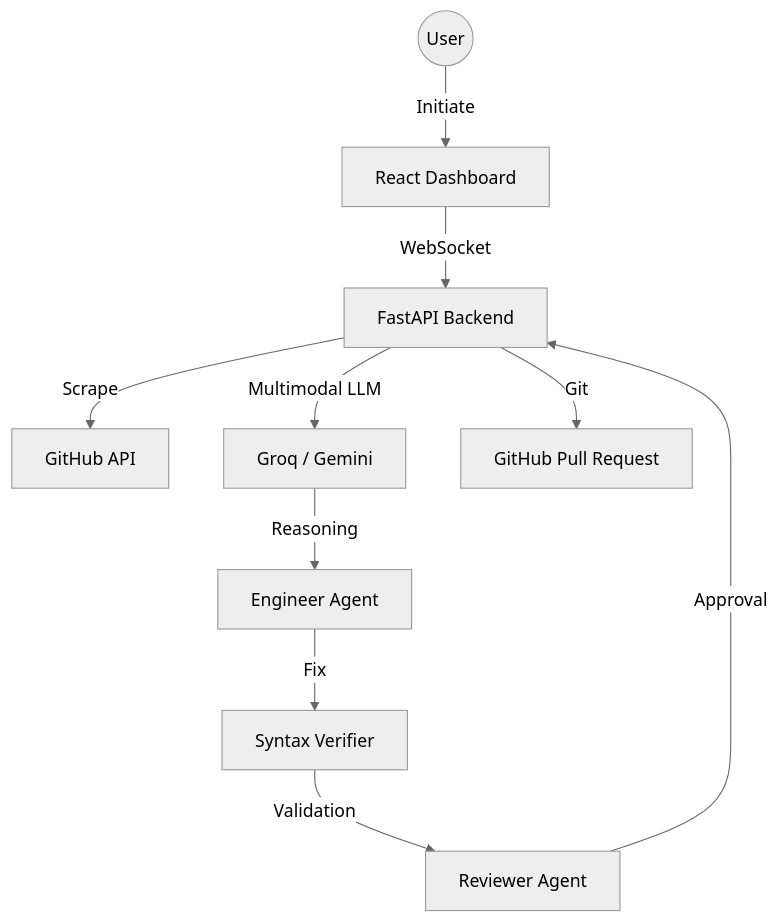
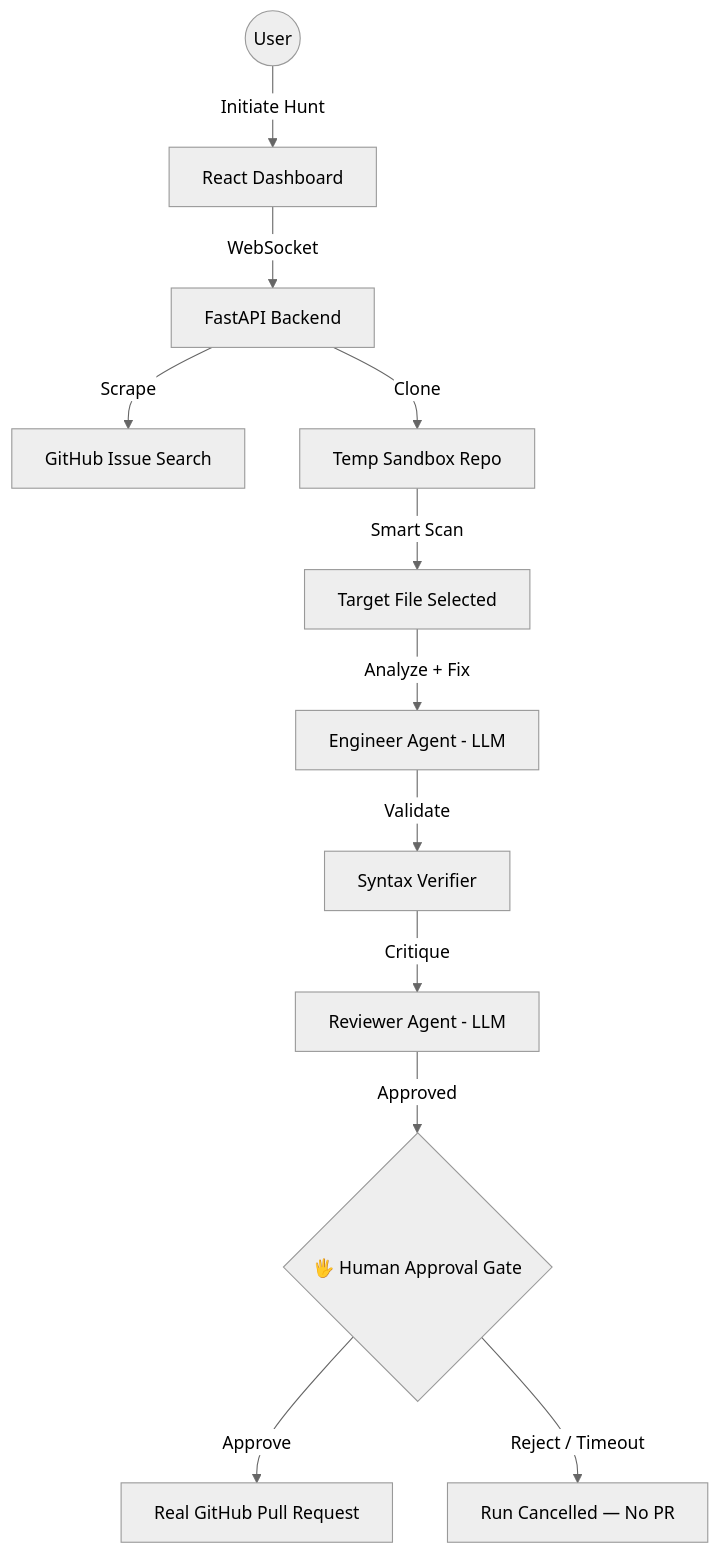
One commit to premjadhav2203/Devbounty- changed the diagram in README.md. Above: the diagram before and after it, drawn with Mermaid (neutral theme). The commit also changed other lines of this file, not shown here.

````diff
--- a/README.md
+++ b/README.md
@@ -21,12 +28,14 @@
 ```mermaid
 graph TD
-    User((User)) -->|Initiate| UI[React Dashboard]
+    User((User)) -->|Initiate Hunt| UI[React Dashboard]
     UI -->|WebSocket| BE[FastAPI Backend]
-    BE -->|Scrape| GH[GitHub API]
-    BE -->|Multimodal LLM| AI[Groq / Gemini]
-    AI -->|Reasoning| EA[Engineer Agent]
-    EA -->|Fix| SV[Syntax Verifier]
-    SV -->|Validation| RA[Reviewer Agent]
-    RA -->|Approval| BE
-    BE -->|Git| PR[GitHub Pull Request]
+    BE -->|Scrape| GH[GitHub Issue Search]
+    BE -->|Clone| Sandbox[Temp Sandbox Repo]
+    Sandbox -->|Smart Scan| Target[Target File Selected]
+    Target -->|Analyze + Fix| EA[Engineer Agent - LLM]
+    EA -->|Validate| SV[Syntax Verifier]
+    SV -->|Critique| RA[Reviewer Agent - LLM]
+    RA -->|Approved| Gate{🖐️ Human Approval Gate}
+    Gate -->|Approve| PR[Real GitHub Pull Request]
+    Gate -->|Reject / Timeout| Cancel[Run Cancelled — No PR]
 ```
````
